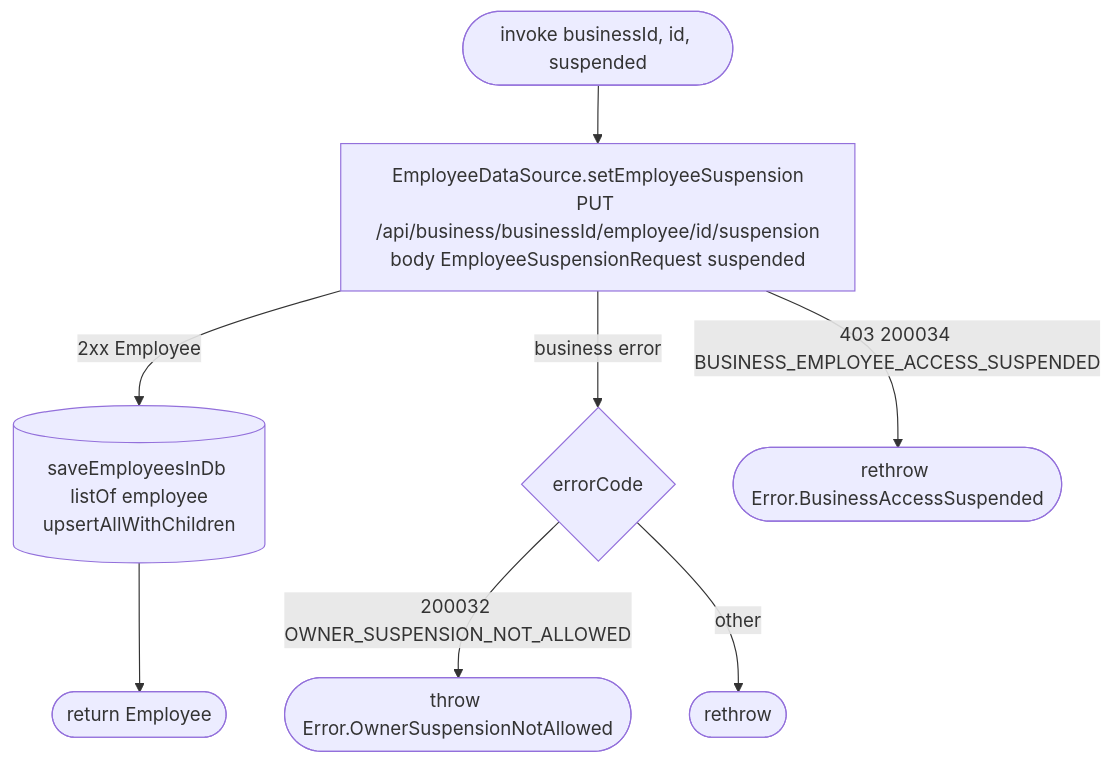
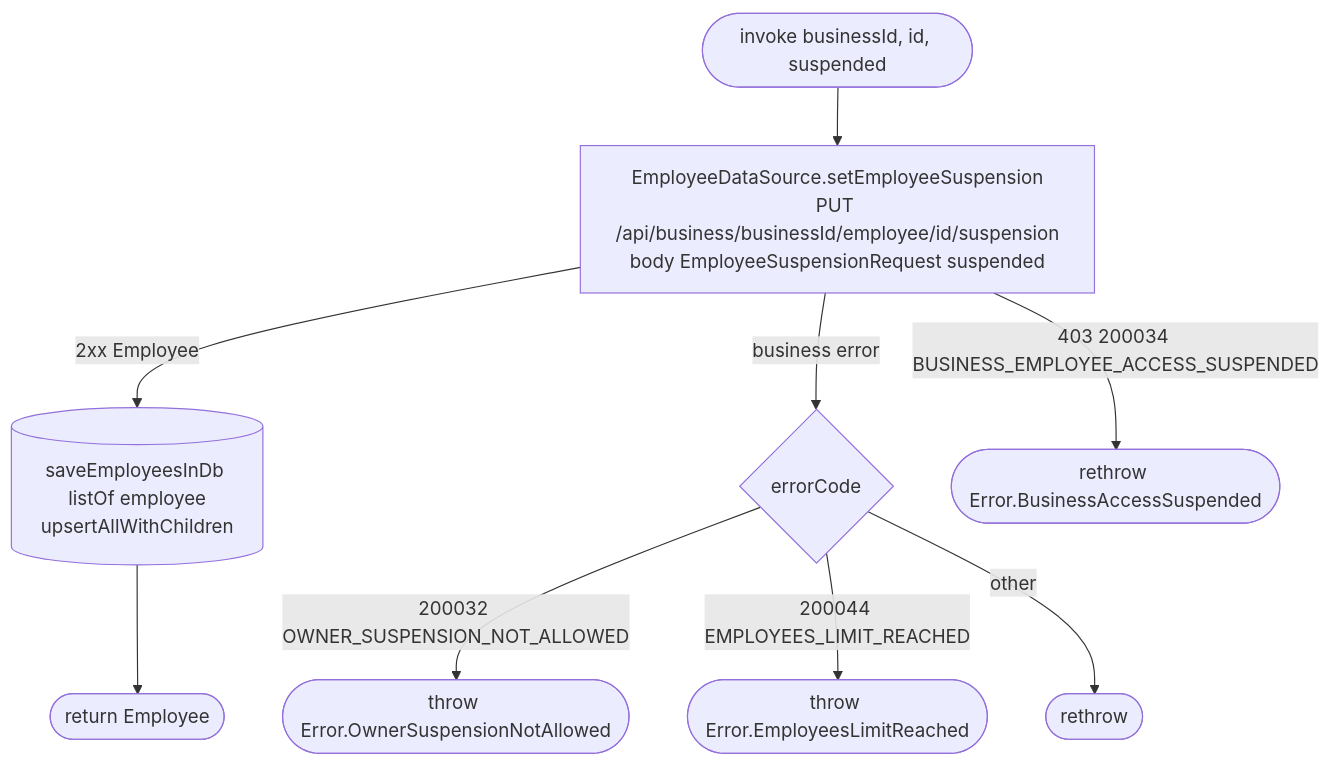
Before and after one commit to nocturneproperties/bookkme-client: the diagram in docs/operations/employees/set-employee-suspension.md, drawn with Mermaid. The commit also changed other lines of this file and 91 other files, not shown here.

````diff
--- a/docs/operations/employees/set-employee-suspension.md
+++ b/docs/operations/employees/set-employee-suspension.md
@@ -22,10 +23,11 @@
 ```mermaid
 flowchart TD
     Start([invoke businessId, id, suspended]) --> Net[EmployeeDataSource.setEmployeeSuspension<br/>PUT /api/business/businessId/employee/id/suspension<br/>body EmployeeSuspensionRequest suspended]
     Net -- 2xx Employee --> Save[(saveEmployeesInDb listOf employee<br/>upsertAllWithChildren)]
     Save --> R([return Employee])
     Net -- business error --> Code{errorCode}
     Code -- 200032 OWNER_SUSPENSION_NOT_ALLOWED --> E1([throw Error.OwnerSuspensionNotAllowed])
+    Code -- 200044 EMPLOYEES_LIMIT_REACHED --> E2([throw Error.EmployeesLimitReached])
     Code -- other --> EX([rethrow])
     Net -- 403 200034 BUSINESS_EMPLOYEE_ACCESS_SUSPENDED --> ES([rethrow Error.BusinessAccessSuspended])
 ```
````
